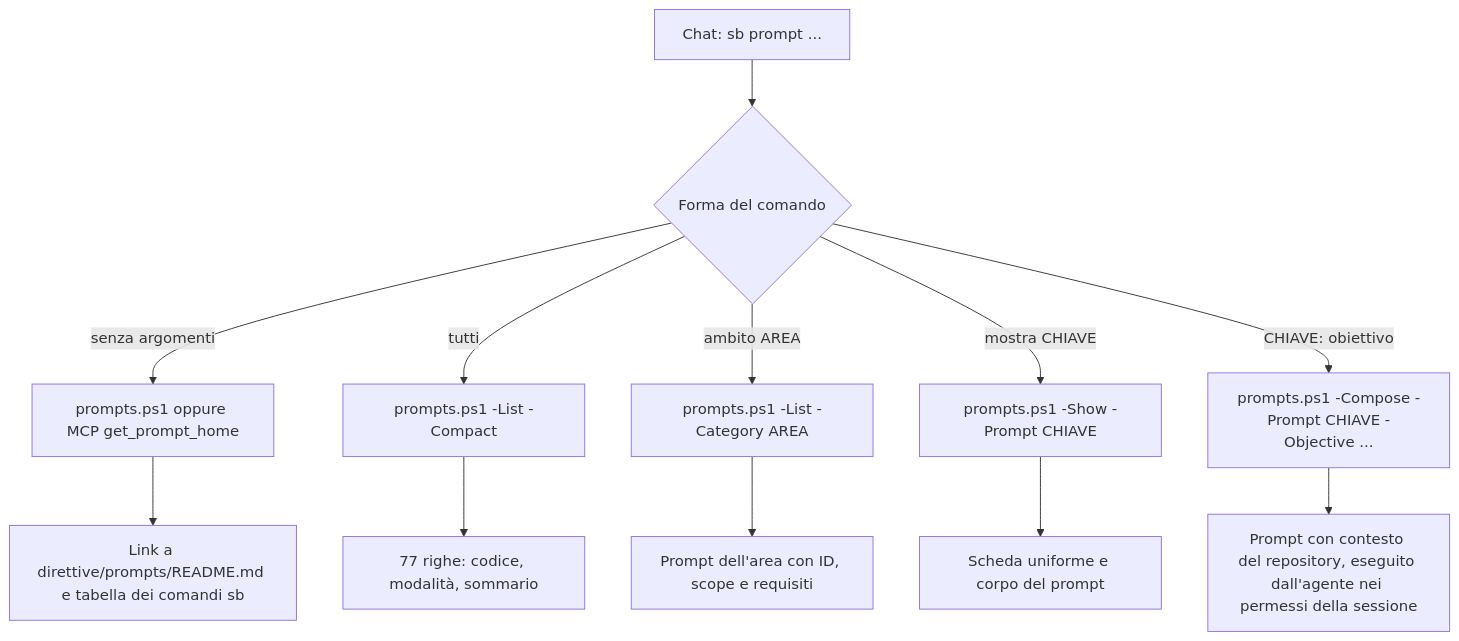
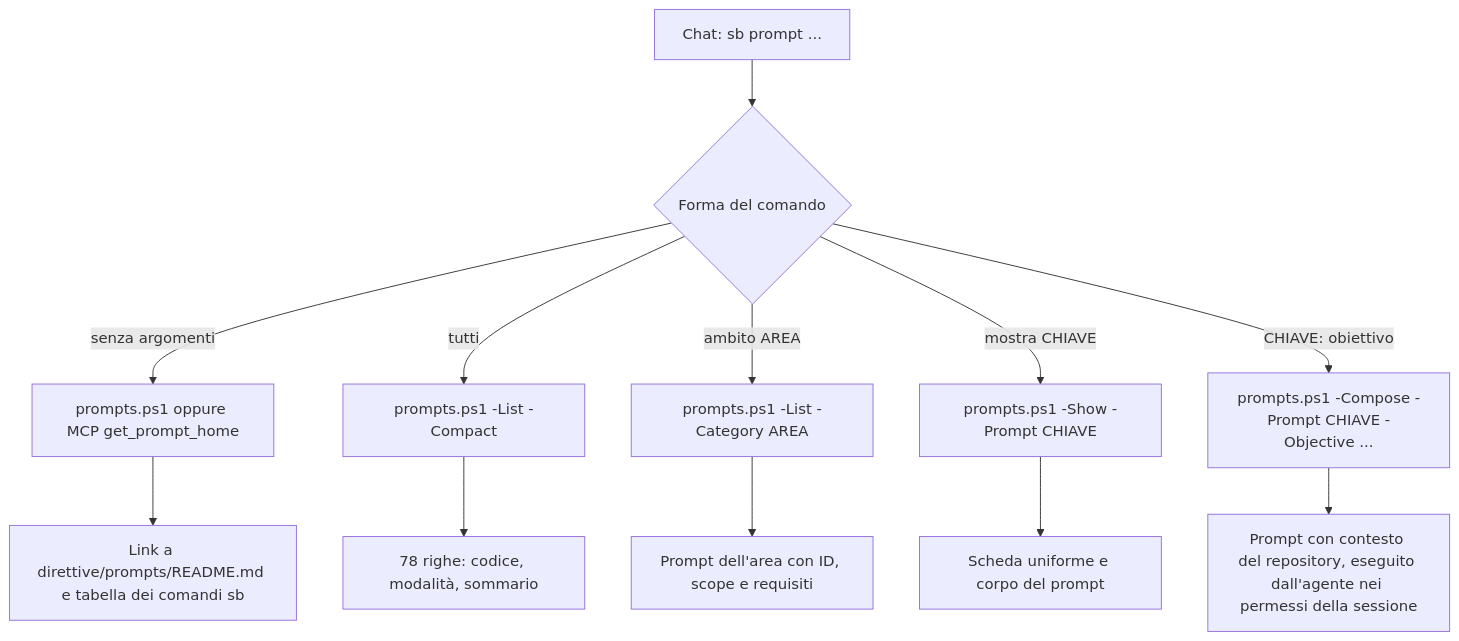
One commit to dennidalpos/secondbrain changed the second of 2 diagrams in docs/riferimento/customizing-prompts-and-directives.md. Above: the diagram before and after it, drawn with Mermaid. The commit also changed other lines of this file and 19 other files, not shown here.

````diff
--- a/docs/riferimento/customizing-prompts-and-directives.md
+++ b/docs/riferimento/customizing-prompts-and-directives.md
@@ -236,14 +236,14 @@
 ```mermaid
 flowchart TD
     A["Chat: sb prompt ..."] --> B{"Forma del comando"}
     B -->|"senza argomenti"| C["prompts.ps1 oppure MCP get_prompt_home"]
     B -->|"tutti"| D["prompts.ps1 -List -Compact"]
     B -->|"ambito AREA"| E["prompts.ps1 -List -Category AREA"]
     B -->|"mostra CHIAVE"| F["prompts.ps1 -Show -Prompt CHIAVE"]
     B -->|"CHIAVE: obiettivo"| G["prompts.ps1 -Compose -Prompt CHIAVE -Objective ..."]
     C --> H["Link a direttive/prompts/README.md e tabella dei comandi sb"]
-    D --> I["77 righe: codice, modalità, sommario"]
+    D --> I["78 righe: codice, modalità, sommario"]
     E --> J["Prompt dell'area con ID, scope e requisiti"]
     F --> K["Scheda uniforme e corpo del prompt"]
     G --> L["Prompt con contesto del repository, eseguito dall'agente nei permessi della sessione"]
 ```
````
